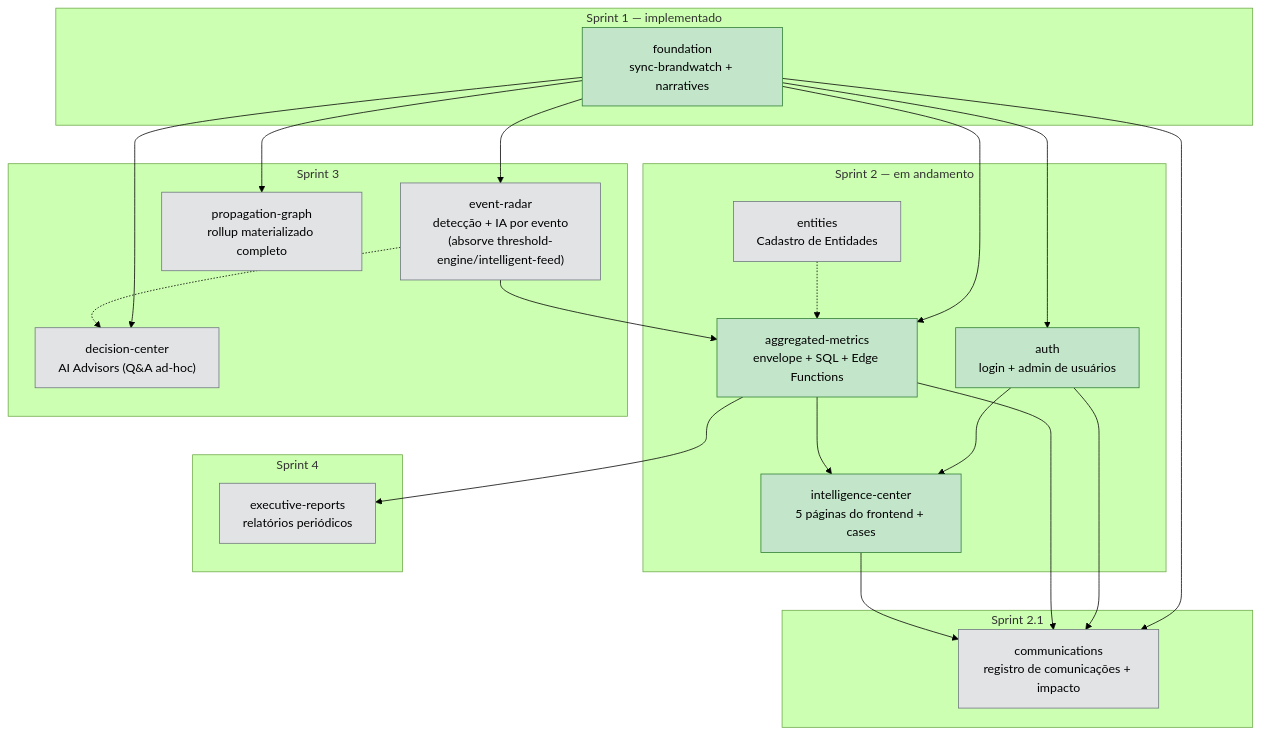
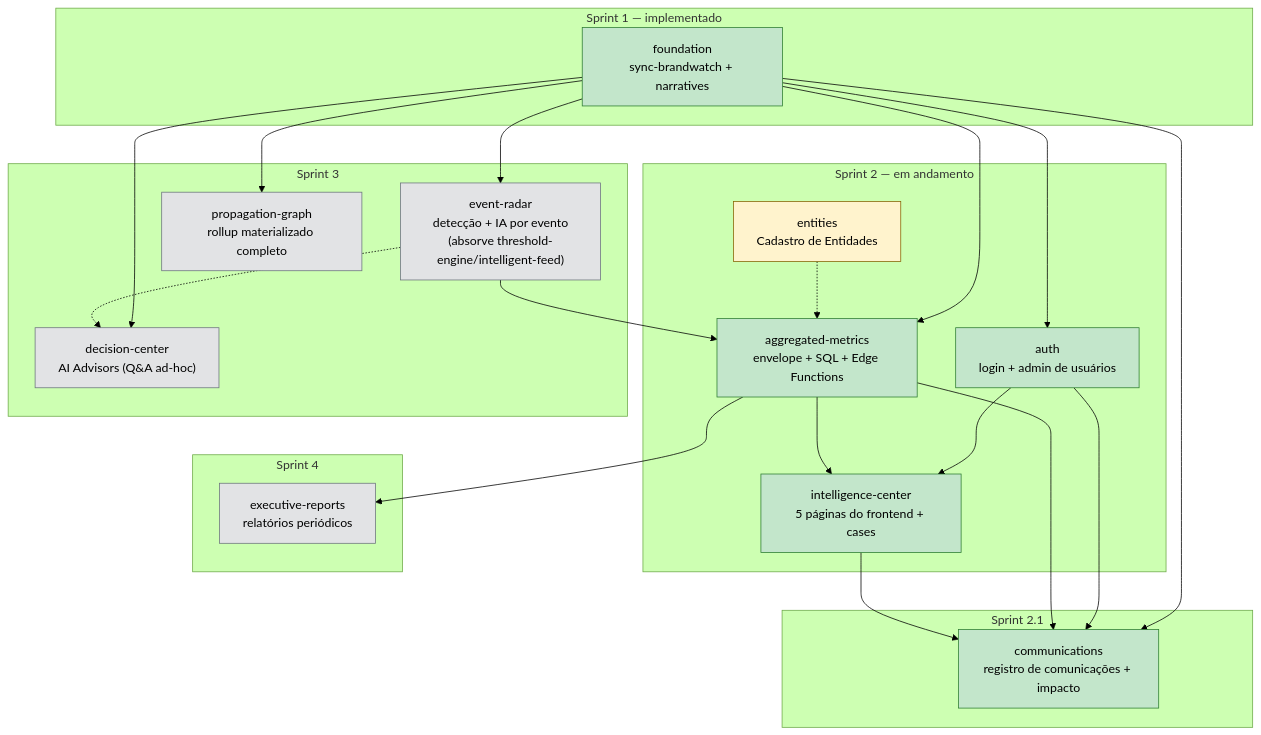
Before and after one commit to reputationcustom/dev-reputation: the diagram in .dev/specs/_architecture.md, drawn with Mermaid (forest theme). The commit also changed other lines of this file and 76 other files, not shown here.

````diff
--- a/.dev/specs/_architecture.md
+++ b/.dev/specs/_architecture.md
@@ -20,58 +20,58 @@
 ```mermaid
 graph TD
     subgraph SPRINT1["Sprint 1 — implementado"]
         FOUNDATION["foundation<br/>sync-brandwatch + narratives"]
     end
 
     subgraph SPRINT2["Sprint 2 — em andamento"]
         AUTH["auth<br/>login + admin de usuários"]
         AGGMETRICS["aggregated-metrics<br/>envelope + SQL + Edge Functions"]
         INTEL["intelligence-center<br/>5 páginas do frontend + cases"]
         ENTITIES["entities<br/>Cadastro de Entidades"]
     end
 
     subgraph SPRINT2_1["Sprint 2.1"]
         COMMUNICATIONS["communications<br/>registro de comunicações + impacto"]
     end
 
     subgraph SPRINT3["Sprint 3"]
         EVENTRADAR["event-radar<br/>detecção + IA por evento<br/>(absorve threshold-engine/intelligent-feed)"]
         PROPGRAPH["propagation-graph<br/>rollup materializado completo"]
         DECISIONCENTER["decision-center<br/>AI Advisors (Q&A ad-hoc)"]
     end
 
     subgraph SPRINT4["Sprint 4"]
         REPORTS["executive-reports<br/>relatórios periódicos"]
     end
 
     FOUNDATION --> AUTH
     FOUNDATION --> AGGMETRICS
     FOUNDATION --> EVENTRADAR
     FOUNDATION --> PROPGRAPH
     FOUNDATION --> DECISIONCENTER
 
     AUTH --> INTEL
     AGGMETRICS --> INTEL
     ENTITIES -.-> AGGMETRICS
 
     FOUNDATION --> COMMUNICATIONS
     AUTH --> COMMUNICATIONS
     AGGMETRICS --> COMMUNICATIONS
     INTEL --> COMMUNICATIONS
 
     EVENTRADAR --> AGGMETRICS
     EVENTRADAR -.-> DECISIONCENTER
 
     AGGMETRICS --> REPORTS
 
     style FOUNDATION fill:#c3e6cb,stroke:#2e7d32
     style AUTH fill:#c3e6cb,stroke:#2e7d32
     style AGGMETRICS fill:#c3e6cb,stroke:#2e7d32
     style INTEL fill:#c3e6cb,stroke:#2e7d32
-    style ENTITIES fill:#e2e3e5,stroke:#6c757d
-    style COMMUNICATIONS fill:#e2e3e5,stroke:#6c757d
+    style ENTITIES fill:#fff3cd,stroke:#856404
+    style COMMUNICATIONS fill:#c3e6cb,stroke:#2e7d32
     style EVENTRADAR fill:#e2e3e5,stroke:#6c757d
     style PROPGRAPH fill:#e2e3e5,stroke:#6c757d
     style DECISIONCENTER fill:#e2e3e5,stroke:#6c757d
     style REPORTS fill:#e2e3e5,stroke:#6c757d
 ```
````
